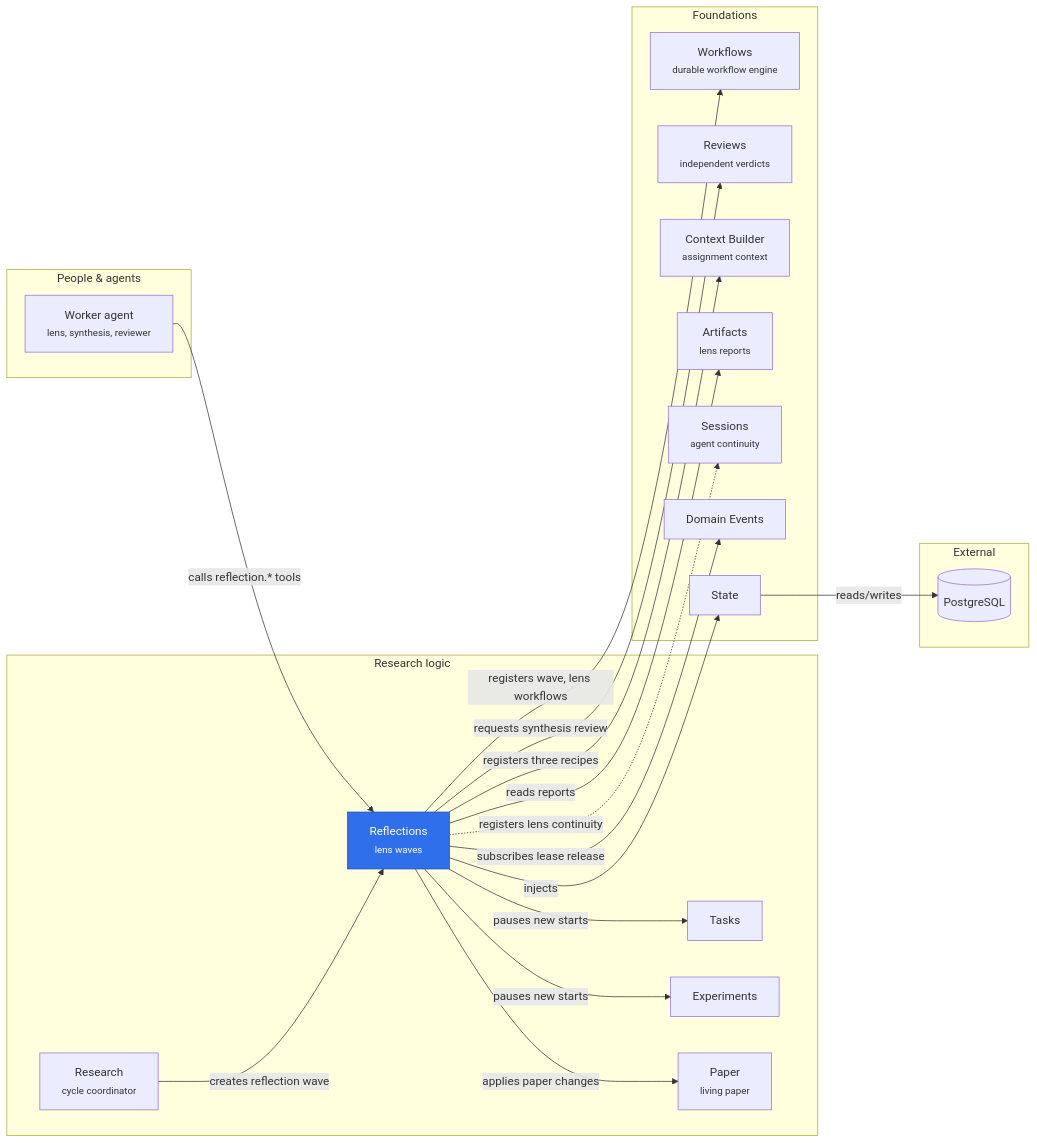
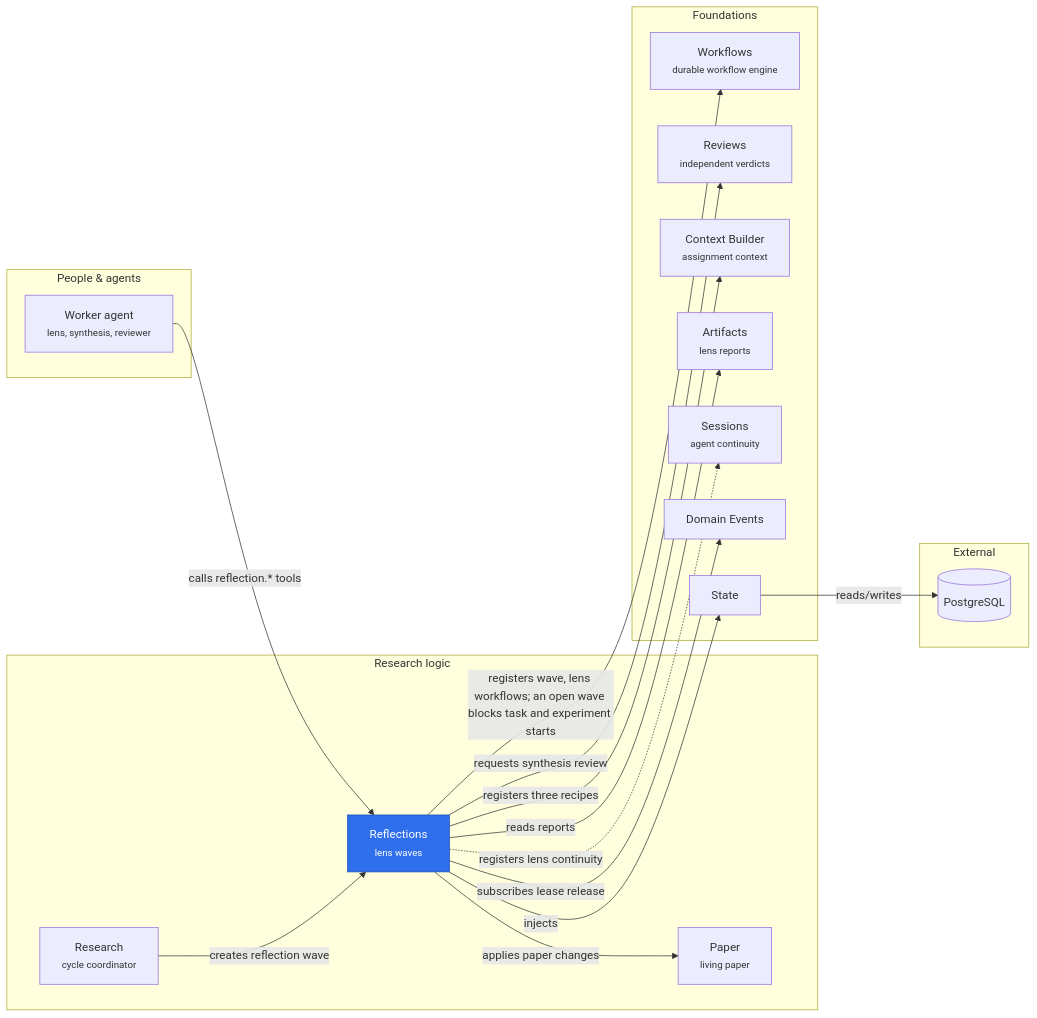
One commit to rapidreview-io/Merv changed the diagram in merv-typescript/packages/reflections/README.md. Above: the diagram before and after it, drawn with Mermaid. The commit also changed other lines of this file and 1 other file, not shown here.

Commit message:
Say in the UI and Reflections READMEs who owns what they draw and pause
UI's README claimed the web client holds no research and drew five of its
fifteen row owners; it now lists them and says what rows and the catalog tell
the shell. Reflections pauses task and experiment starts through its
definition's blocksStarts in Workflows, not by calling either plugin.

````diff
--- a/merv-typescript/packages/reflections/README.md
+++ b/merv-typescript/packages/reflections/README.md
@@ -7,40 +7,36 @@
 ```mermaid
 flowchart LR
   subgraph people["People & agents"]
     worker["Worker agent<br/><small>lens, synthesis, reviewer</small>"]
   end
   subgraph logic["Research logic"]
     reflections["Reflections<br/><small>lens waves</small>"]
     research["Research<br/><small>cycle coordinator</small>"]
-    tasks["Tasks"]
-    experiments["Experiments"]
     paper["Paper<br/><small>living paper</small>"]
   end
   subgraph foundations["Foundations"]
     workflows["Workflows<br/><small>durable workflow engine</small>"]
     reviews["Reviews<br/><small>independent verdicts</small>"]
     contextBuilder["Context Builder<br/><small>assignment context</small>"]
     artifacts["Artifacts<br/><small>lens reports</small>"]
     sessions["Sessions<br/><small>agent continuity</small>"]
     domainEvents["Domain Events"]
     state["State"]
   end
   subgraph external["External"]
     postgres[("PostgreSQL")]
   end
   worker -- "calls reflection.* tools" --> reflections
   research -- "creates reflection wave" --> reflections
-  reflections -- "pauses new starts" --> tasks
-  reflections -- "pauses new starts" --> experiments
-  reflections -- "registers wave, lens workflows" --> workflows
+  reflections -- "registers wave, lens workflows; an open wave blocks task and experiment starts" --> workflows
   reflections -- "requests synthesis review" --> reviews
   reflections -- "registers three recipes" --> contextBuilder
   reflections -- "applies paper changes" --> paper
   reflections -- "reads reports" --> artifacts
   reflections -. "registers lens continuity" .-> sessions
   reflections -- "subscribes lease release" --> domainEvents
   reflections -- "injects" --> state
   state -- "reads/writes" --> postgres
   class reflections self
   classDef self fill:#2f6feb,color:#fff,stroke:#1f4fb0
 ```
````
